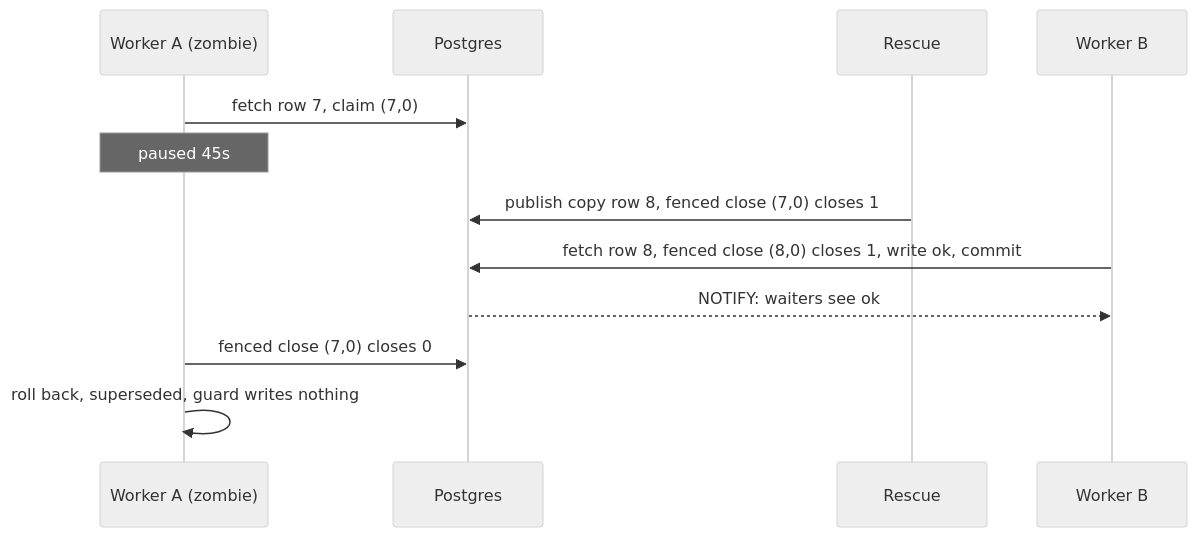
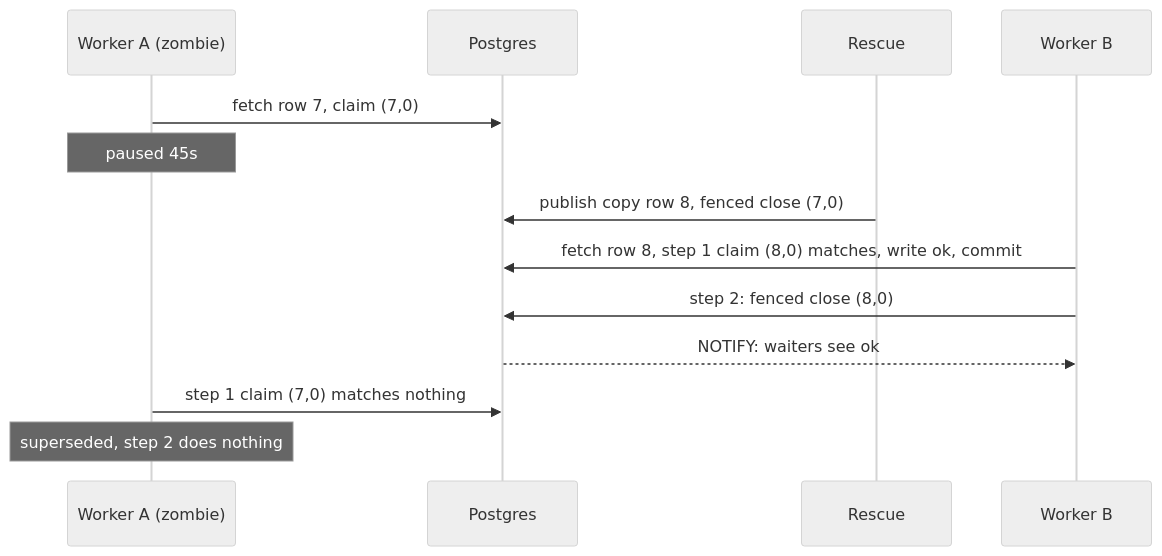
One commit to mcurcio/photo-wall changed the second of 4 diagrams in docs/central-delivery-fencing.md. Above: the diagram before and after it, drawn with Mermaid (neutral theme). The commit also changed other lines of this file, not shown here.

First line of the commit message:
docs(design): delivery fencing — apply owner gate rulings (two-step close)

````diff
--- a/docs/central-delivery-fencing.md
+++ b/docs/central-delivery-fencing.md
@@ -100,14 +95,15 @@
 ```mermaid
 sequenceDiagram
   participant A as Worker A (zombie)
   participant DB as Postgres
   participant R as Rescue
   participant B as Worker B
   A->>DB: fetch row 7, claim (7,0)
   Note over A: paused 45s
-  R->>DB: publish copy row 8, fenced close (7,0) closes 1
-  B->>DB: fetch row 8, fenced close (8,0) closes 1, write ok, commit
+  R->>DB: publish copy row 8, fenced close (7,0)
+  B->>DB: fetch row 8, step 1 claim (8,0) matches, write ok, commit
+  B->>DB: step 2: fenced close (8,0)
   DB-->>B: NOTIFY: waiters see ok
-  A->>DB: fenced close (7,0) closes 0
-  A->>A: roll back, superseded, guard writes nothing
+  A->>DB: step 1 claim (7,0) matches nothing
+  Note over A: superseded, step 2 does nothing
 ```
````
